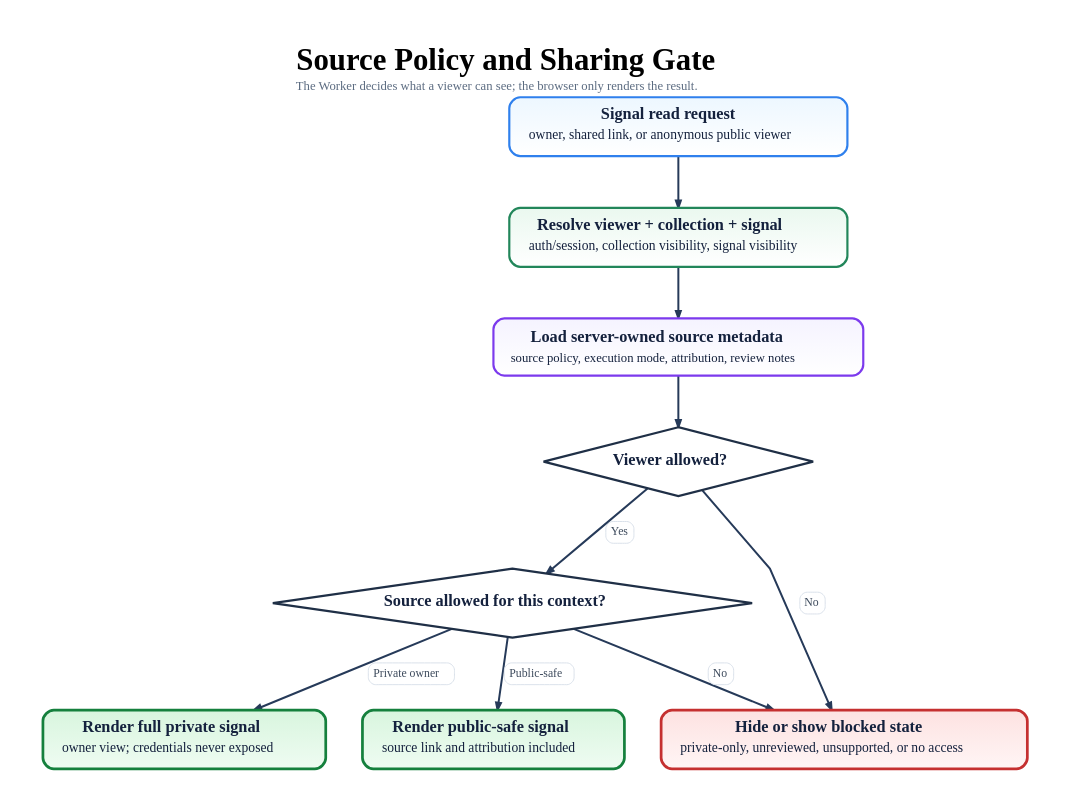
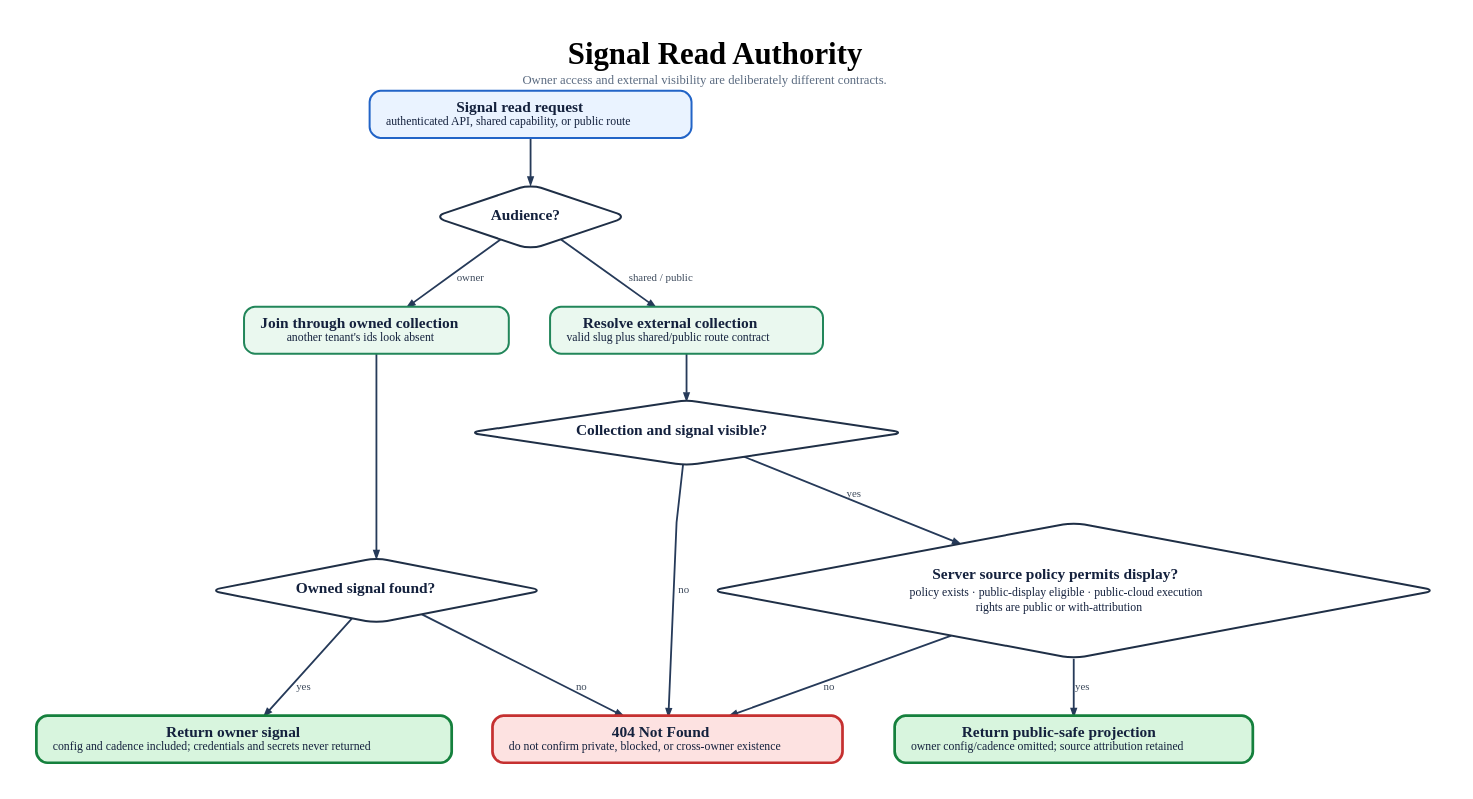
The diagram in docs/diagrams/source-policy-gate.dot (tre-systems/antenna-public), drawn with Graphviz before and after one commit. The commit also changed 459 other files, not shown here.

First line of the commit message:
Sync public release with current architecture (#13)

```diff
--- a/docs/diagrams/source-policy-gate.dot
+++ b/docs/diagrams/source-policy-gate.dot
@@ -1,122 +1,79 @@
 digraph SourcePolicyGate {
   graph [
     rankdir=TB,
     bgcolor="#ffffff",
-    pad="0.55",
-    nodesep="0.55",
-    ranksep="0.76",
+    pad="0.45",
+    nodesep="0.62",
+    ranksep="0.68",
     splines=polyline,
     outputorder=edgesfirst,
     newrank=true,
-    forcelabels=true,
     fontname="Avenir",
     label=<
       <TABLE BORDER="0" CELLBORDER="0" CELLSPACING="0" CELLPADDING="0">
-        <TR><TD><FONT POINT-SIZE="34"><B>Source Policy and Sharing Gate</B></FONT></TD></TR>
-        <TR><TD><FONT POINT-SIZE="14" COLOR="#5b6b80">The Worker decides what a viewer can see; the browser only renders the result.</FONT></TD></TR>
+        <TR><TD><FONT POINT-SIZE="34"><B>Signal Read Authority</B></FONT></TD></TR>
+        <TR><TD><FONT POINT-SIZE="14" COLOR="#5b6b80">Owner access and external visibility are deliberately different contracts.</FONT></TD></TR>
       </TABLE>
     >,
-    labelloc=t,
-    labeljust=c
+    labelloc=t
   ];
 
   node [
     shape=box,
     style="rounded,filled",
-    margin="0.24,0.14",
-    width=3.25,
-    height=0.78,
-    fixedsize=false,
+    margin="0.25,0.15",
+    width=3.2,
     fontname="Avenir",
-    fontsize=18,
-    penwidth=2.4,
+    fontsize=17,
+    penwidth=2.2,
     fontcolor="#14213d",
     color="#2264c7",
-    fillcolor="#eaf3ff:#ffffff",
-    gradientangle=270
+    fillcolor="#eaf3ff"
   ];
 
   edge [
     color="#263a59",
     fontname="Avenir",
-    fontsize=13,
+    fontsize=12,
     fontcolor="#3d4a5c",
-    penwidth=2.2,
-    arrowsize=0.78
+    penwidth=2.0,
+    arrowsize=0.75
   ];
 
-  REQUEST [
-    label=<<TABLE BORDER="0" CELLBORDER="0" CELLSPACING="0" CELLPADDING="0"><TR><TD><B>Signal read request</B></TD></TR><TR><TD CELLPADDING="4"><FONT POINT-SIZE="15">owner, shared link, or anonymous public viewer</FONT></TD></TR></TABLE>>,
-    fillcolor="#edf7ff:#ffffff",
-    color="#2f80ed"
-  ];
+  REQUEST [label=<<B>Signal read request</B><BR/><FONT POINT-SIZE="13">authenticated API, shared capability, or public route</FONT>>];
+  AUDIENCE [label=<<B>Audience?</B>>, shape=diamond, width=2.5, height=1.0, color="#1f2f46", fillcolor="#ffffff"];
 
-  RESOLVE [
-    label=<<TABLE BORDER="0" CELLBORDER="0" CELLSPACING="0" CELLPADDING="0"><TR><TD><B>Resolve viewer + collection + signal</B></TD></TR><TR><TD CELLPADDING="4"><FONT POINT-SIZE="15">auth/session, collection visibility, signal visibility</FONT></TD></TR></TABLE>>,
-    fillcolor="#eaf8ef:#ffffff",
-    color="#22865a"
-  ];
+  OWNER_SCOPE [label=<<B>Join through owned collection</B><BR/><FONT POINT-SIZE="13">another tenant's ids look absent</FONT>>, color="#22865a", fillcolor="#eaf8ef"];
+  OWNER_FOUND [label=<<B>Owned signal found?</B>>, shape=diamond, width=2.8, height=1.0, color="#1f2f46", fillcolor="#ffffff"];
+  OWNER [label=<<B>Return owner signal</B><BR/><FONT POINT-SIZE="13">config and cadence included; credentials and secrets never returned</FONT>>, color="#15803d", fillcolor="#d8f5de", penwidth=3.0];
 
-  META [
-    label=<
-      <TABLE BORDER="0" CELLBORDER="0" CELLSPACING="0" CELLPADDING="2">
-        <TR><TD><B>Load server-owned source metadata</B></TD></TR>
-        <TR><TD><FONT POINT-SIZE="14">source policy, execution mode, attribution, review notes</FONT></TD></TR>
-      </TABLE>
-    >,
-    fillcolor="#f5f3ff:#ffffff",
-    color="#7c3aed"
-  ];
+  CAPABILITY [label=<<B>Resolve external collection</B><BR/><FONT POINT-SIZE="13">valid slug plus shared/public route contract</FONT>>, color="#22865a", fillcolor="#eaf8ef"];
+  VISIBILITY [label=<<B>Collection and signal visible?</B>>, shape=diamond, width=3.5, height=1.0, color="#1f2f46", fillcolor="#ffffff"];
+  POLICY [label=<
+    <TABLE BORDER="0" CELLBORDER="0" CELLSPACING="0" CELLPADDING="1">
+      <TR><TD><B>Server source policy permits display?</B></TD></TR>
+      <TR><TD><FONT POINT-SIZE="13">policy exists · public-display eligible · public-cloud execution</FONT></TD></TR>
+      <TR><TD><FONT POINT-SIZE="13">rights are public or with-attribution</FONT></TD></TR>
+    </TABLE>
+  >, shape=diamond, width=4.8, height=1.25, color="#1f2f46", fillcolor="#ffffff"];
+  EXTERNAL [label=<<B>Return public-safe projection</B><BR/><FONT POINT-SIZE="13">owner config/cadence omitted; source attribution retained</FONT>>, color="#15803d", fillcolor="#d8f5de", penwidth=3.0];
 
-  VIEWER_OK [
-    label=<<B>Viewer allowed?</B>>,
-    shape=diamond,
-    style=filled,
-    width=2.8,
-    height=1.05,
-    fillcolor="#ffffff",
-    color="#1f2f46",
-    penwidth=2.4
-  ];
+  NOT_FOUND [label=<<B>404 Not Found</B><BR/><FONT POINT-SIZE="13">do not confirm private, blocked, or cross-owner existence</FONT>>, color="#c53030", fillcolor="#fde2e1", penwidth=3.0];
 
-  SOURCE_OK [
-    label=<<B>Source allowed for this context?</B>>,
-    shape=diamond,
-    style=filled,
-    width=4.2,
-    height=1.05,
-    fillcolor="#ffffff",
-    color="#1f2f46",
-    penwidth=2.4
-  ];
+  REQUEST -> AUDIENCE;
+  AUDIENCE -> OWNER_SCOPE [label="owner"];
+  AUDIENCE -> CAPABILITY [label="shared / public"];
 
-  PRIVATE [
-    label=<<TABLE BORDER="0" CELLBORDER="0" CELLSPACING="0" CELLPADDING="0"><TR><TD><B>Render full private signal</B></TD></TR><TR><TD CELLPADDING="4"><FONT POINT-SIZE="15">owner view; credentials never exposed</FONT></TD></TR></TABLE>>,
-    fillcolor="#d8f5de:#effcf2",
-    color="#15803d",
-    penwidth=3.0
-  ];
+  OWNER_SCOPE -> OWNER_FOUND;
+  OWNER_FOUND -> OWNER [label="yes"];
+  OWNER_FOUND -> NOT_FOUND [label="no"];
 
-  PUBLIC [
-    label=<<TABLE BORDER="0" CELLBORDER="0" CELLSPACING="0" CELLPADDING="0"><TR><TD><B>Render public-safe signal</B></TD></TR><TR><TD CELLPADDING="4"><FONT POINT-SIZE="15">source link and attribution included</FONT></TD></TR></TABLE>>,
-    fillcolor="#d8f5de:#effcf2",
-    color="#15803d",
-    penwidth=3.0
-  ];
+  CAPABILITY -> VISIBILITY;
+  VISIBILITY -> POLICY [label="yes"];
+  VISIBILITY -> NOT_FOUND [label="no"];
+  POLICY -> EXTERNAL [label="yes"];
+  POLICY -> NOT_FOUND [label="no"];
 
-  HIDE [
-    label=<<TABLE BORDER="0" CELLBORDER="0" CELLSPACING="0" CELLPADDING="0"><TR><TD><B>Hide or show blocked state</B></TD></TR><TR><TD CELLPADDING="4"><FONT POINT-SIZE="15">private-only, unreviewed, unsupported, or no access</FONT></TD></TR></TABLE>>,
-    fillcolor="#fde2e1:#fff5f5",
-    color="#c53030",
-    penwidth=3.0
-  ];
-
-  REQUEST -> RESOLVE -> META -> VIEWER_OK;
-  VIEWER_OK -> SOURCE_OK [label=<<TABLE BORDER="1" CELLBORDER="0" STYLE="ROUNDED" COLOR="#d7dee8" BGCOLOR="#ffffff" CELLSPACING="0" CELLPADDING="4"><TR><TD><FONT POINT-SIZE="13" COLOR="#3d4a5c">Yes</FONT></TD></TR></TABLE>>];
-  VIEWER_OK -> HIDE [label=<<TABLE BORDER="1" CELLBORDER="0" STYLE="ROUNDED" COLOR="#d7dee8" BGCOLOR="#ffffff" CELLSPACING="0" CELLPADDING="4"><TR><TD><FONT POINT-SIZE="13" COLOR="#3d4a5c">No</FONT></TD></TR></TABLE>>];
-  SOURCE_OK -> PRIVATE [label=<<TABLE BORDER="1" CELLBORDER="0" STYLE="ROUNDED" COLOR="#d7dee8" BGCOLOR="#ffffff" CELLSPACING="0" CELLPADDING="4"><TR><TD><FONT POINT-SIZE="13" COLOR="#3d4a5c">Private owner</FONT></TD></TR></TABLE>>];
-  SOURCE_OK -> PUBLIC [label=<<TABLE BORDER="1" CELLBORDER="0" STYLE="ROUNDED" COLOR="#d7dee8" BGCOLOR="#ffffff" CELLSPACING="0" CELLPADDING="4"><TR><TD><FONT POINT-SIZE="13" COLOR="#3d4a5c">Public-safe</FONT></TD></TR></TABLE>>];
-  SOURCE_OK -> HIDE [label=<<TABLE BORDER="1" CELLBORDER="0" STYLE="ROUNDED" COLOR="#d7dee8" BGCOLOR="#ffffff" CELLSPACING="0" CELLPADDING="4"><TR><TD><FONT POINT-SIZE="13" COLOR="#3d4a5c">No</FONT></TD></TR></TABLE>>];
-
-  { rank=same; PRIVATE; PUBLIC; HIDE; }
+  { rank=same; OWNER_SCOPE; CAPABILITY; }
+  { rank=same; OWNER; EXTERNAL; NOT_FOUND; }
 }
```
